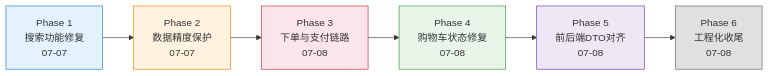
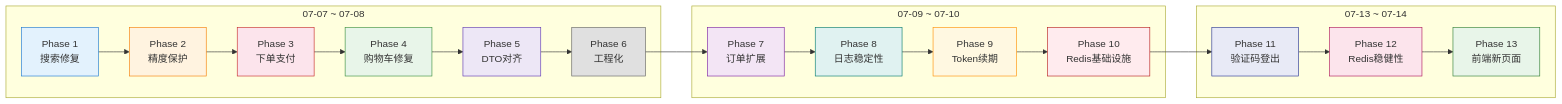
Before and after one commit to promisestar/hmall: the diagram in docs/session-changes.md, drawn with Mermaid. The commit also changed other lines of this file and 1 other file, not shown here.

````diff
--- a/docs/session-changes.md
+++ b/docs/session-changes.md
@@ -18,18 +18,42 @@
 ```mermaid
 flowchart LR
-    P1["Phase 1<br/>搜索功能修复<br/>07-07"]
-    P2["Phase 2<br/>数据精度保护<br/>07-07"]
-    P3["Phase 3<br/>下单与支付链路<br/>07-08"]
-    P4["Phase 4<br/>购物车状态修复<br/>07-08"]
-    P5["Phase 5<br/>前后端DTO对齐<br/>07-08"]
-    P6["Phase 6<br/>工程化收尾<br/>07-08"]
+    subgraph Day1 ["07-07 ~ 07-08"]
+        P1["Phase 1<br/>搜索修复"]
+        P2["Phase 2<br/>精度保护"]
+        P3["Phase 3<br/>下单支付"]
+        P4["Phase 4<br/>购物车修复"]
+        P5["Phase 5<br/>DTO对齐"]
+        P6["Phase 6<br/>工程化"]
+    end
+
+    subgraph Day2 ["07-09 ~ 07-10"]
+        P7["Phase 7<br/>订单扩展"]
+        P8["Phase 8<br/>日志稳定性"]
+        P9["Phase 9<br/>Token续期"]
+        P10["Phase 10<br/>Redis基础设施"]
+    end
+
+    subgraph Day3 ["07-13 ~ 07-14"]
+        P11["Phase 11<br/>验证码登出"]
+        P12["Phase 12<br/>Redis稳健性"]
+        P13["Phase 13<br/>前端新页面"]
+    end
 
     P1 --> P2 --> P3 --> P4 --> P5 --> P6
+    P6 --> P7 --> P8 --> P9 --> P10
+    P10 --> P11 --> P12 --> P13
 
     style P1 fill:#e3f2fd,stroke:#1976d2
     style P2 fill:#fff3e0,stroke:#f57c00
     style P3 fill:#fce4ec,stroke:#c62828
     style P4 fill:#e8f5e9,stroke:#388e3c
     style P5 fill:#ede7f6,stroke:#5e35b1
     style P6 fill:#e0e0e0,stroke:#616161
+    style P7 fill:#f3e5f5,stroke:#7b1fa2
+    style P8 fill:#e0f2f1,stroke:#00796b
+    style P9 fill:#fff8e1,stroke:#ff8f00
+    style P10 fill:#ffebee,stroke:#b71c1c
+    style P11 fill:#e8eaf6,stroke:#283593
+    style P12 fill:#fce4ec,stroke:#ad1457
+    style P13 fill:#e8f5e9,stroke:#2e7d32
 ```
````
